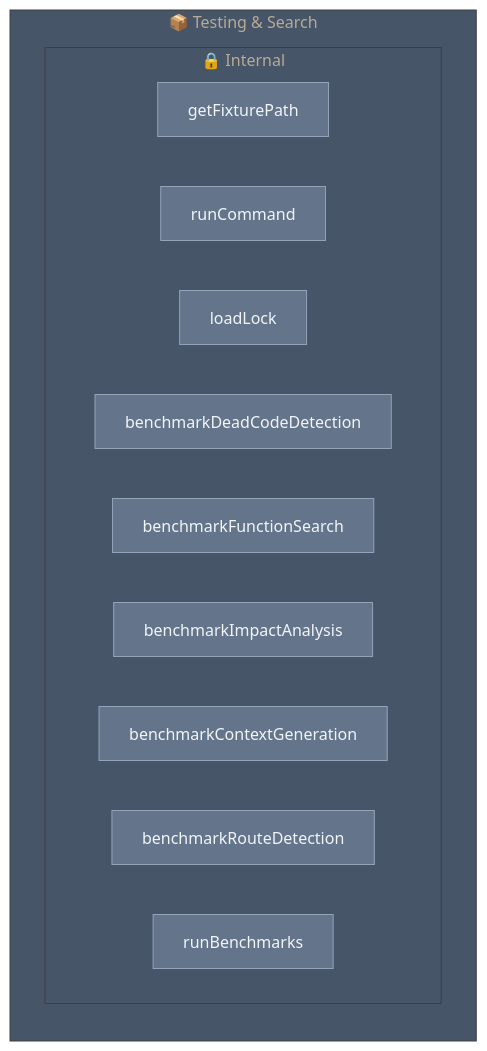
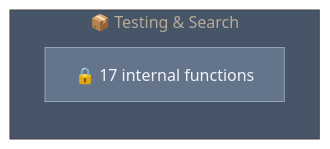
The diagram in .mikk/diagrams/capsules/web-mesh-benchmarks.mmd (Ansh-dhanani/mikk), drawn with Mermaid before and after one commit. The commit also changed 62 other files, not shown here.

Commit message:
feat: implement core contract generation, caching, and security scanning infrastructure with supporting test fixtures and diagrams

```diff
--- a/.mikk/diagrams/capsules/web-mesh-benchmarks.mmd
+++ b/.mikk/diagrams/capsules/web-mesh-benchmarks.mmd
@@ -1,30 +1,12 @@
 %%{init: {"theme": "base", "themeVariables": {"primaryColor": "#1e293b", "primaryTextColor": "#e2e8f0", "lineColor": "#64748b", "secondaryColor": "#334155", "tertiaryColor": "#475569", "background": "#0f172a", "mainBkg": "#1e293b", "nodeBorder": "#475569"}}}%%
 graph LR
 
     subgraph web_mesh_benchmarks["📦 Testing & Search"]
         direction TB
-        subgraph internal["🔒 Internal"]
-            fn_c__users_ansh_desktop_web_mesh_benchmarks_ground_truth_benchmark_ts_getfixturepath["getFixturePath"]
-            fn_c__users_ansh_desktop_web_mesh_benchmarks_ground_truth_benchmark_ts_runcommand["runCommand"]
-            fn_c__users_ansh_desktop_web_mesh_benchmarks_ground_truth_benchmark_ts_loadlock["loadLock"]
-            fn_c__users_ansh_desktop_web_mesh_benchmarks_ground_truth_benchmark_ts_benchmarkdeadcodedetection["benchmarkDeadCodeDetection"]
-            fn_c__users_ansh_desktop_web_mesh_benchmarks_ground_truth_benchmark_ts_benchmarkfunctionsearch["benchmarkFunctionSearch"]
-            fn_c__users_ansh_desktop_web_mesh_benchmarks_ground_truth_benchmark_ts_benchmarkimpactanalysis["benchmarkImpactAnalysis"]
-            fn_c__users_ansh_desktop_web_mesh_benchmarks_ground_truth_benchmark_ts_benchmarkcontextgeneration["benchmarkContextGeneration"]
-            fn_c__users_ansh_desktop_web_mesh_benchmarks_ground_truth_benchmark_ts_benchmarkroutedetection["benchmarkRouteDetection"]
-            fn_c__users_ansh_desktop_web_mesh_benchmarks_ground_truth_benchmark_ts_runbenchmarks["runBenchmarks"]
-        end
+        internal["🔒 17 internal functions"]
     end
 
 
     classDef publicApi fill:#22c55e,stroke:#4ade80,color:#f0fdf4
     classDef internalApi fill:#64748b,stroke:#94a3b8,color:#f1f5f9
-    class fn_c__users_ansh_desktop_web_mesh_benchmarks_ground_truth_benchmark_ts_getfixturepath internalApi
-    class fn_c__users_ansh_desktop_web_mesh_benchmarks_ground_truth_benchmark_ts_runcommand internalApi
-    class fn_c__users_ansh_desktop_web_mesh_benchmarks_ground_truth_benchmark_ts_loadlock internalApi
-    class fn_c__users_ansh_desktop_web_mesh_benchmarks_ground_truth_benchmark_ts_benchmarkdeadcodedetection internalApi
-    class fn_c__users_ansh_desktop_web_mesh_benchmarks_ground_truth_benchmark_ts_benchmarkfunctionsearch internalApi
-    class fn_c__users_ansh_desktop_web_mesh_benchmarks_ground_truth_benchmark_ts_benchmarkimpactanalysis internalApi
-    class fn_c__users_ansh_desktop_web_mesh_benchmarks_ground_truth_benchmark_ts_benchmarkcontextgeneration internalApi
-    class fn_c__users_ansh_desktop_web_mesh_benchmarks_ground_truth_benchmark_ts_benchmarkroutedetection internalApi
-    class fn_c__users_ansh_desktop_web_mesh_benchmarks_ground_truth_benchmark_ts_runbenchmarks internalApi
+    class internal internalApi
```
